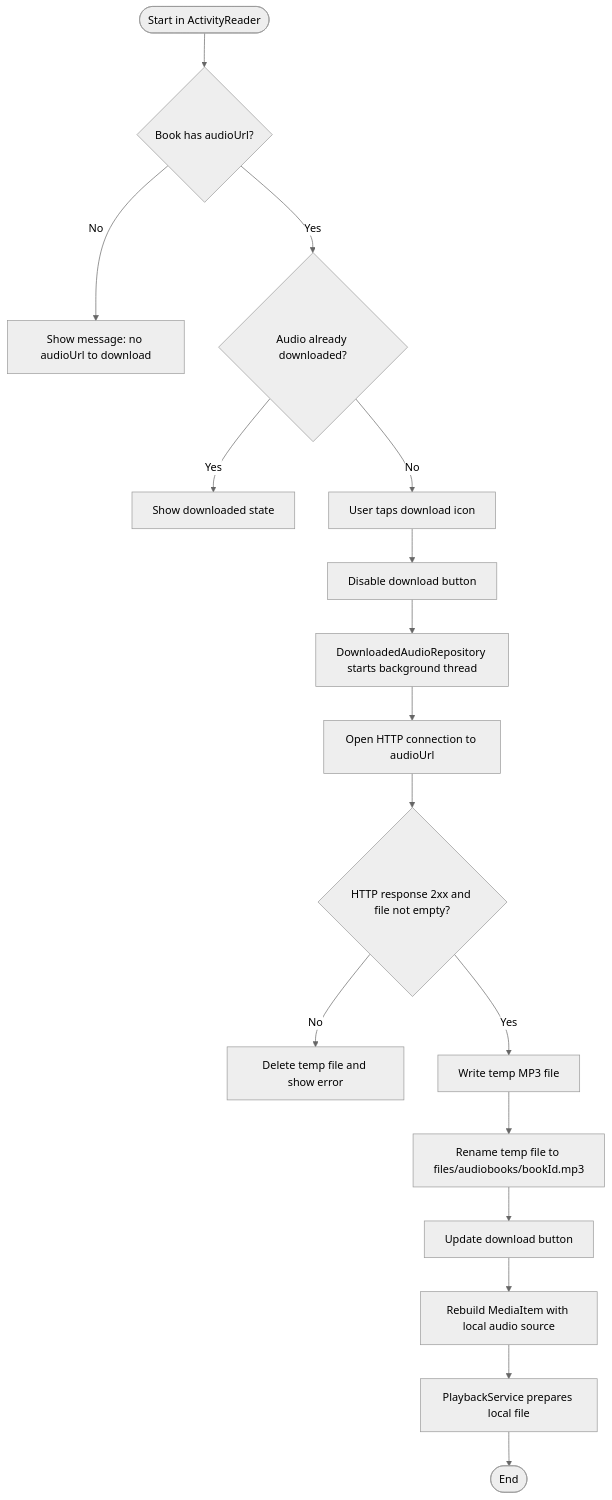
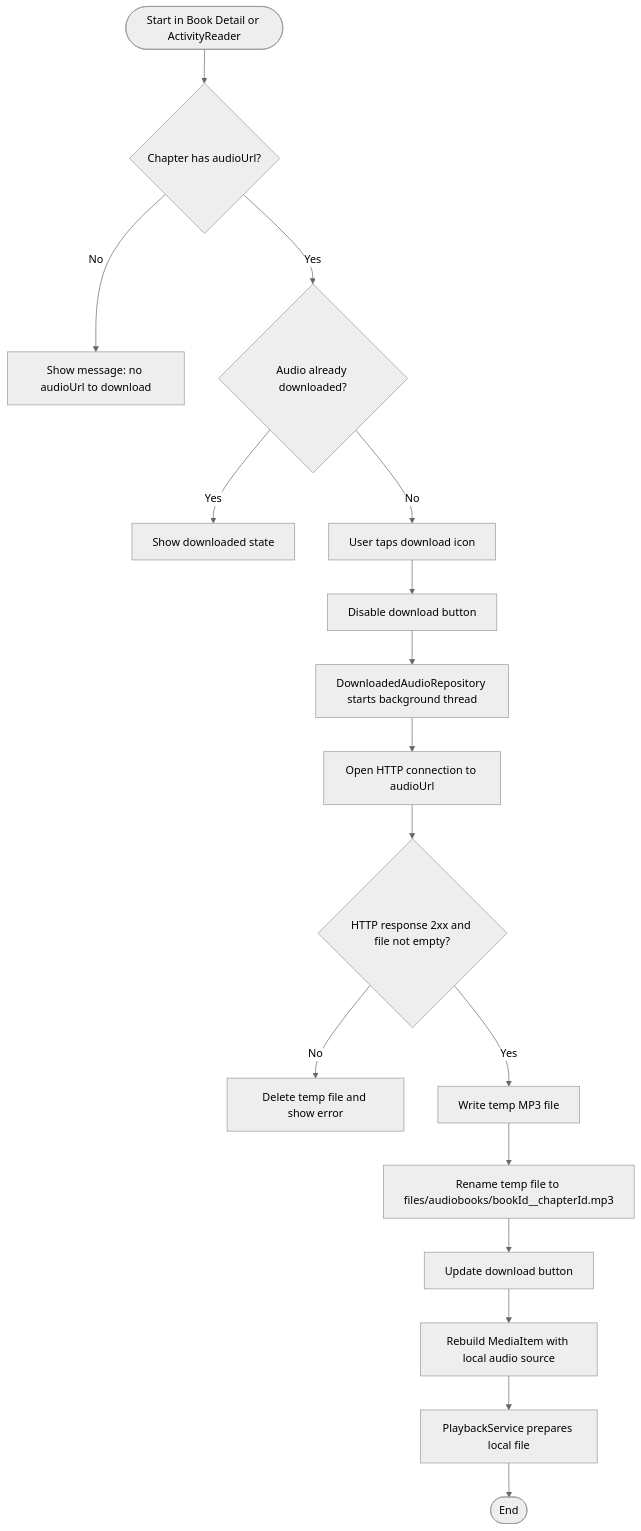
One commit to LeeVuKhang/Fonos_Group13 changed the fifth of 9 diagrams in README.md. Above: the diagram before and after it, drawn with Mermaid (neutral theme). The commit also changed other lines of this file, not shown here.

Commit message:
docs(readme): document chapter playlist flow

````diff
--- a/README.md
+++ b/README.md
@@ -440,19 +466,19 @@
 ```mermaid
 flowchart TD
-    A([Start in ActivityReader]) --> B{Book has audioUrl?}
+    A([Start in Book Detail or ActivityReader]) --> B{Chapter has audioUrl?}
     B -- No --> C[Show message: no audioUrl to download]
     B -- Yes --> D{Audio already downloaded?}
     D -- Yes --> E[Show downloaded state]
     D -- No --> F[User taps download icon]
     F --> G[Disable download button]
     G --> H[DownloadedAudioRepository starts background thread]
     H --> I[Open HTTP connection to audioUrl]
     I --> J{HTTP response 2xx and file not empty?}
     J -- No --> K[Delete temp file and show error]
     J -- Yes --> L[Write temp MP3 file]
-    L --> M[Rename temp file to files/audiobooks/bookId.mp3]
+    L --> M[Rename temp file to files/audiobooks/bookId__chapterId.mp3]
     M --> N[Update download button]
     N --> O[Rebuild MediaItem with local audio source]
     O --> P[PlaybackService prepares local file]
     P --> Q([End])
 ```
````
